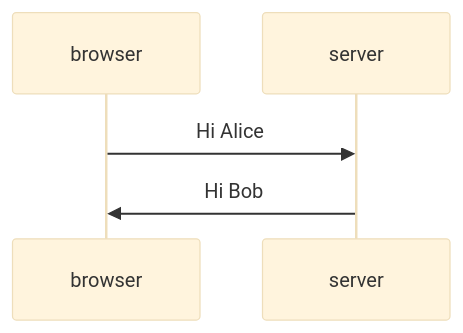
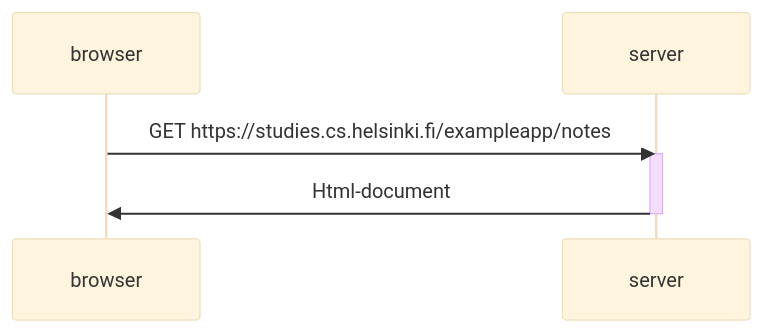
The diagram in osa0/sequencechart.md (TegelVee/Fullstack_exerciserepo), drawn with Mermaid (base theme) before and after one commit.

````diff
--- a/osa0/sequencechart.md
+++ b/osa0/sequencechart.md
@@ -3,8 +3,10 @@
 ```mermaid
 sequenceDiagram
   participant browser
   participant server
-  browser->>server: Hi Alice
-  server->>browser: Hi Bob
+  browser->>server: GET https://studies.cs.helsinki.fi/exampleapp/notes
+  activate server
+  server->>browser: Html-document
+  deactivate server
 
 ```
````
